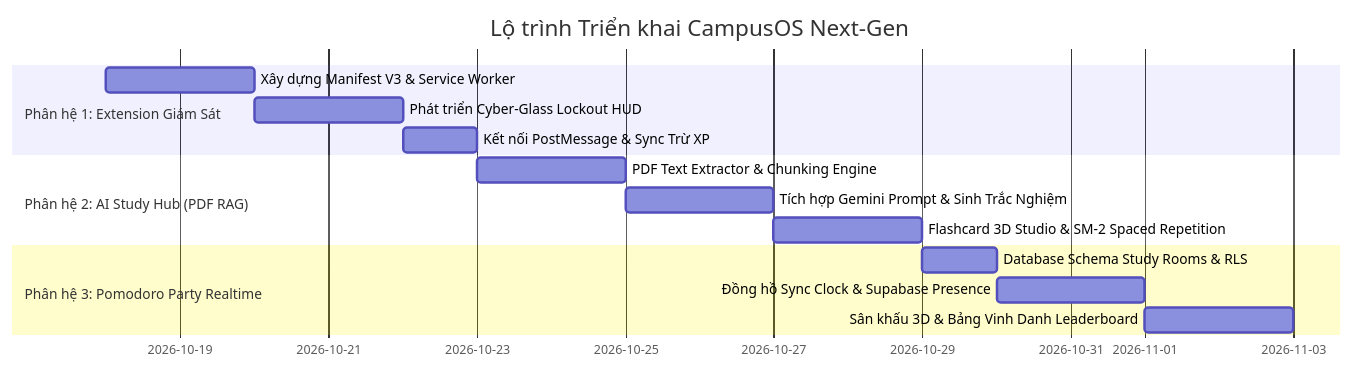
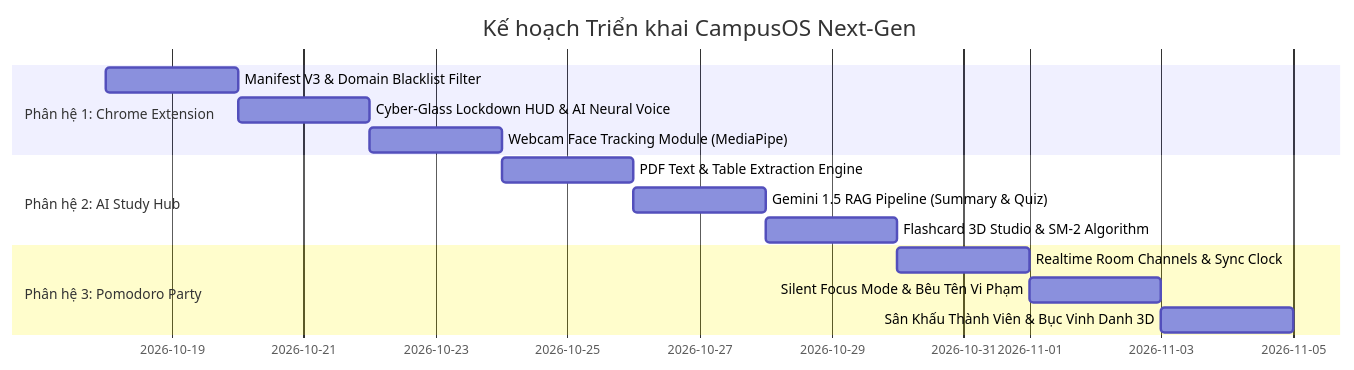
One commit to hoangmanhtruong-uet-dev/quan-li-hoc-tap changed the second of 2 diagrams in docs/plan.md. Above: the diagram before and after it, drawn with Mermaid. The commit also changed other lines of this file, not shown here.

````diff
--- a/docs/plan.md
+++ b/docs/plan.md
@@ -242,17 +174,17 @@
 ```mermaid
 gantt
-    title Lộ trình Triển khai CampusOS Next-Gen
+    title Kế hoạch Triển khai CampusOS Next-Gen
     dateFormat  YYYY-MM-DD
-    section Phân hệ 1: Extension Giám Sát
-    Xây dựng Manifest V3 & Service Worker    :2026-10-18, 2d
-    Phát triển Cyber-Glass Lockout HUD       :2026-10-20, 2d
-    Kết nối PostMessage & Sync Trừ XP       :2026-10-22, 1d
-    section Phân hệ 2: AI Study Hub (PDF RAG)
-    PDF Text Extractor & Chunking Engine     :2026-10-23, 2d
-    Tích hợp Gemini Prompt & Sinh Trắc Nghiệm :2026-10-25, 2d
-    Flashcard 3D Studio & SM-2 Spaced Repetition :2026-10-27, 2d
-    section Phân hệ 3: Pomodoro Party Realtime
-    Database Schema Study Rooms & RLS        :2026-10-29, 1d
-    Đồng hồ Sync Clock & Supabase Presence   :2026-10-30, 2d
-    Sân khấu 3D & Bảng Vinh Danh Leaderboard :2026-11-01, 2d
+    section Phân hệ 1: Chrome Extension
+    Manifest V3 & Domain Blacklist Filter    :2026-10-18, 2d
+    Cyber-Glass Lockdown HUD & AI Neural Voice:2026-10-20, 2d
+    Webcam Face Tracking Module (MediaPipe)  :2026-10-22, 2d
+    section Phân hệ 2: AI Study Hub
+    PDF Text & Table Extraction Engine       :2026-10-24, 2d
+    Gemini 1.5 RAG Pipeline (Summary & Quiz) :2026-10-26, 2d
+    Flashcard 3D Studio & SM-2 Algorithm     :2026-10-28, 2d
+    section Phân hệ 3: Pomodoro Party
+    Realtime Room Channels & Sync Clock      :2026-10-30, 2d
+    Silent Focus Mode & Bêu Tên Vi Phạm     :2026-11-01, 2d
+    Sân Khấu Thành Viên & Bục Vinh Danh 3D   :2026-11-03, 2d
 ```
````
